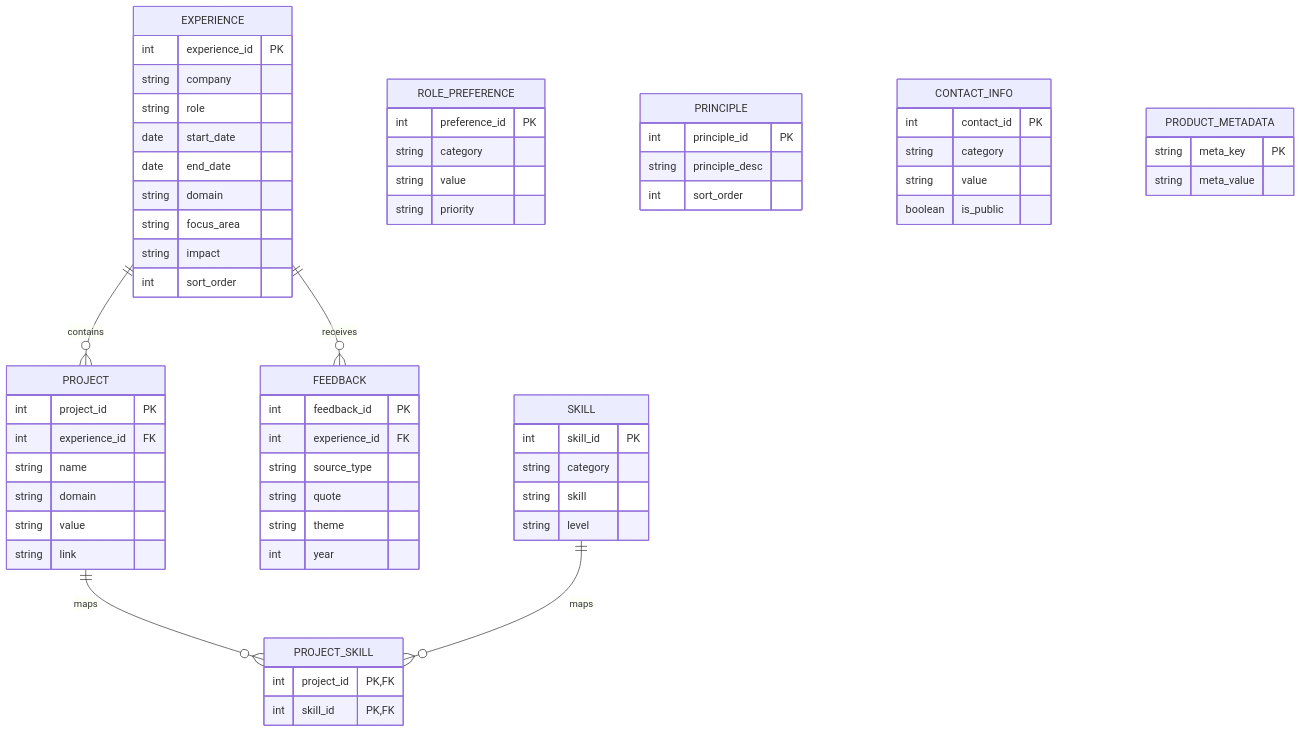
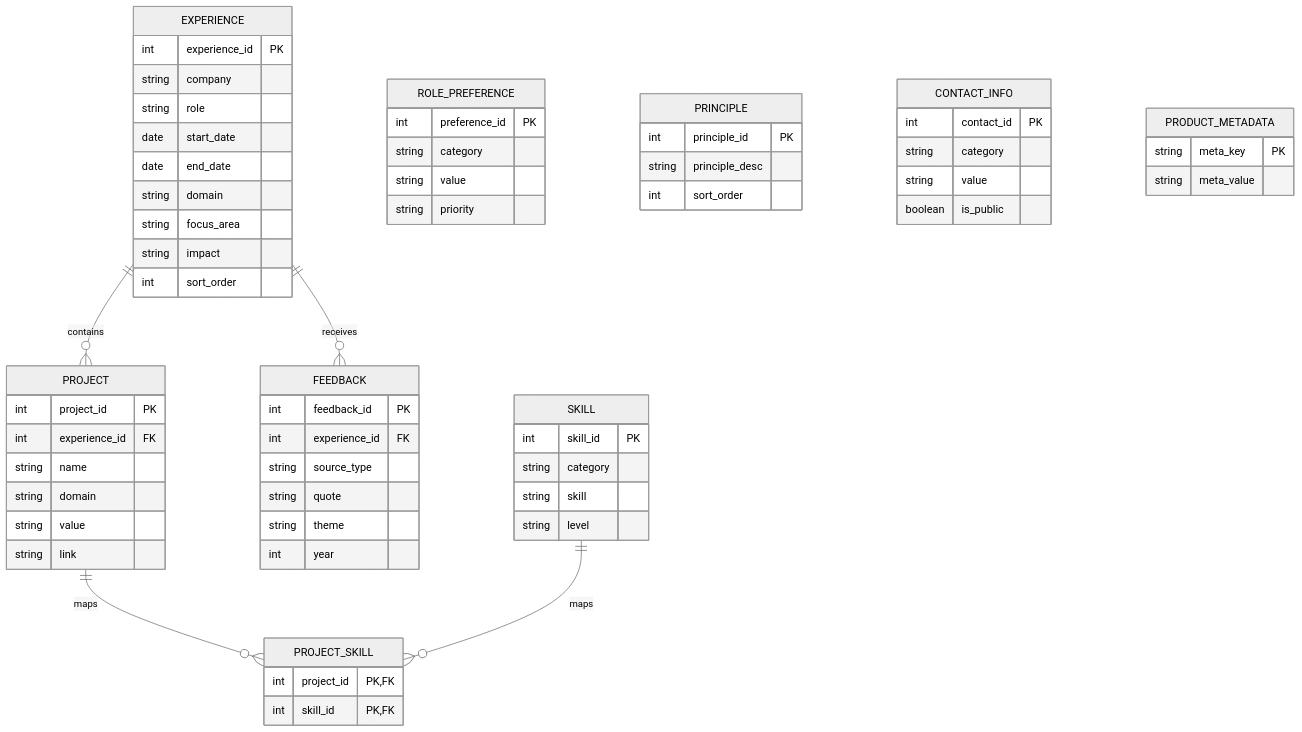
Before and after one commit to AnthonyIlluzzi/Human-Data-Product: the diagram in documentation/schema.md, drawn with Mermaid. The commit also changed other lines of this file, not shown here.

First line of the commit message:
Update schema.md

````diff
--- a/documentation/schema.md
+++ b/documentation/schema.md
@@ -23,74 +25,75 @@
 ```mermaid
+%%{init: {'theme':'neutral'}}%%
 erDiagram
   EXPERIENCE ||--o{ PROJECT : contains
   EXPERIENCE ||--o{ FEEDBACK : receives
   PROJECT ||--o{ PROJECT_SKILL : maps
   SKILL ||--o{ PROJECT_SKILL : maps
 
   EXPERIENCE {
     int     experience_id PK
     string  company
     string  role
     date    start_date
     date    end_date
     string  domain
     string  focus_area
     string  impact
     int     sort_order
   }
 
   PROJECT {
     int     project_id PK
     int     experience_id FK
     string  name
     string  domain
     string  value
     string  link
   }
 
   SKILL {
     int     skill_id PK
     string  category
     string  skill
     string  level
   }
 
   PROJECT_SKILL {
     int     project_id PK, FK
     int     skill_id   PK, FK
   }
 
   FEEDBACK {
     int     feedback_id PK
     int     experience_id FK
     string  source_type
     string  quote
     string  theme
     int     year
   }
 
   ROLE_PREFERENCE {
     int     preference_id PK
     string  category
     string  value
     string  priority
   }
 
   PRINCIPLE {
     int     principle_id PK
     string  principle_desc
     int     sort_order
   }
 
   CONTACT_INFO {
     int     contact_id PK
     string  category
     string  value
     boolean is_public
   }
 
   PRODUCT_METADATA {
     string  meta_key PK
     string  meta_value
   }
 ```
````
